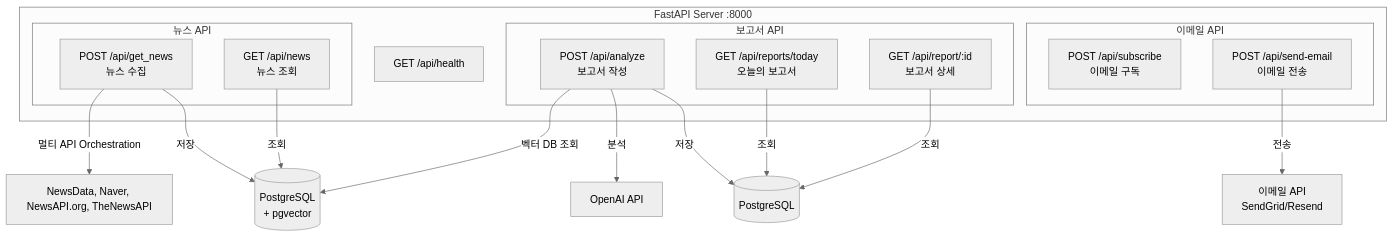
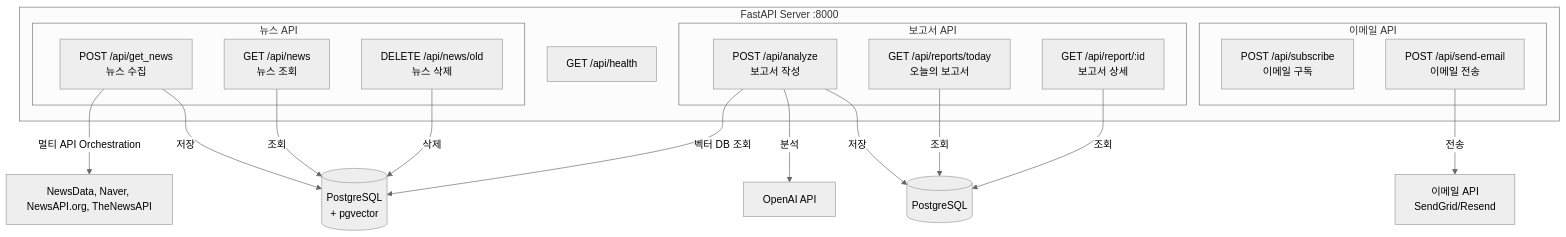
The seventh of 19 diagrams in DIAGRAM.md (EduungEee/jtj), drawn with Mermaid (neutral theme) before and after one commit. The commit also changed other lines of this file and 3 other files, not shown here.

````diff
--- a/DIAGRAM.md
+++ b/DIAGRAM.md
@@ -201,32 +204,34 @@
 ```mermaid
 graph TB
     subgraph "FastAPI Server :8000"
         Health[GET /api/health]
         
         subgraph "뉴스 API"
             GetNews[POST /api/get_news<br/>뉴스 수집]
             NewsList[GET /api/news<br/>뉴스 조회]
+            DeleteOld[DELETE /api/news/old<br/>뉴스 삭제]
         end
         
         subgraph "보고서 API"
             Analyze[POST /api/analyze<br/>보고서 작성]
             ReportsToday[GET /api/reports/today<br/>오늘의 보고서]
             ReportDetail[GET /api/report/:id<br/>보고서 상세]
         end
         
         subgraph "이메일 API"
             Subscribe[POST /api/subscribe<br/>이메일 구독]
             SendEmail[POST /api/send-email<br/>이메일 전송]
         end
     end
 
     GetNews -->|멀티 API Orchestration| ExternalAPIs[NewsData, Naver, NewsAPI.org, TheNewsAPI]
     GetNews -->|저장| DB1[(PostgreSQL<br/>+ pgvector)]
     NewsList -->|조회| DB1
+    DeleteOld -->|삭제| DB1
     Analyze -->|벡터 DB 조회| DB1
     Analyze -->|분석| OpenAI[OpenAI API]
     Analyze -->|저장| DB2[(PostgreSQL)]
     ReportsToday -->|조회| DB2
     ReportDetail -->|조회| DB2
     SendEmail -->|전송| EmailAPI[이메일 API<br/>SendGrid/Resend]
 ```
````
